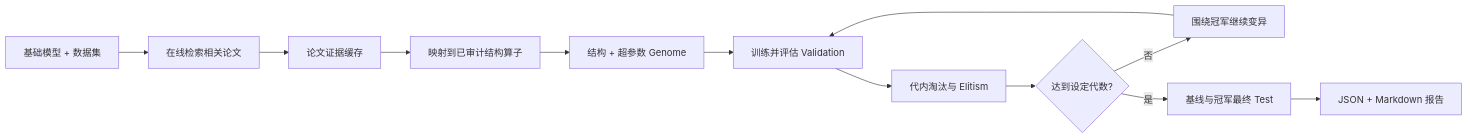
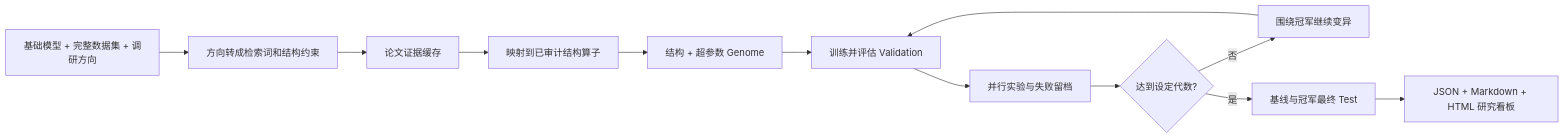
The diagram in docs/model-evolution.md (daiwk/auto-research), drawn with Mermaid before and after one commit. The commit also changed other lines of this file and 14 other files, not shown here.

````diff
--- a/docs/model-evolution.md
+++ b/docs/model-evolution.md
@@ -7,14 +7,14 @@
 ```mermaid
 flowchart LR
-  A[基础模型 + 数据集] --> B[在线检索相关论文]
+  A[基础模型 + 完整数据集 + 调研方向] --> B[方向转成检索词和结构约束]
   B --> C[论文证据缓存]
   C --> D[映射到已审计结构算子]
   D --> E[结构 + 超参数 Genome]
   E --> F[训练并评估 Validation]
-  F --> G[代内淘汰与 Elitism]
+  F --> G[并行实验与失败留档]
   G --> H{达到设定代数?}
   H -- 否 --> I[围绕冠军继续变异]
   I --> F
   H -- 是 --> J[基线与冠军最终 Test]
-  J --> K[JSON + Markdown 报告]
+  J --> K[JSON + Markdown + HTML 研究看板]
 ```
````
